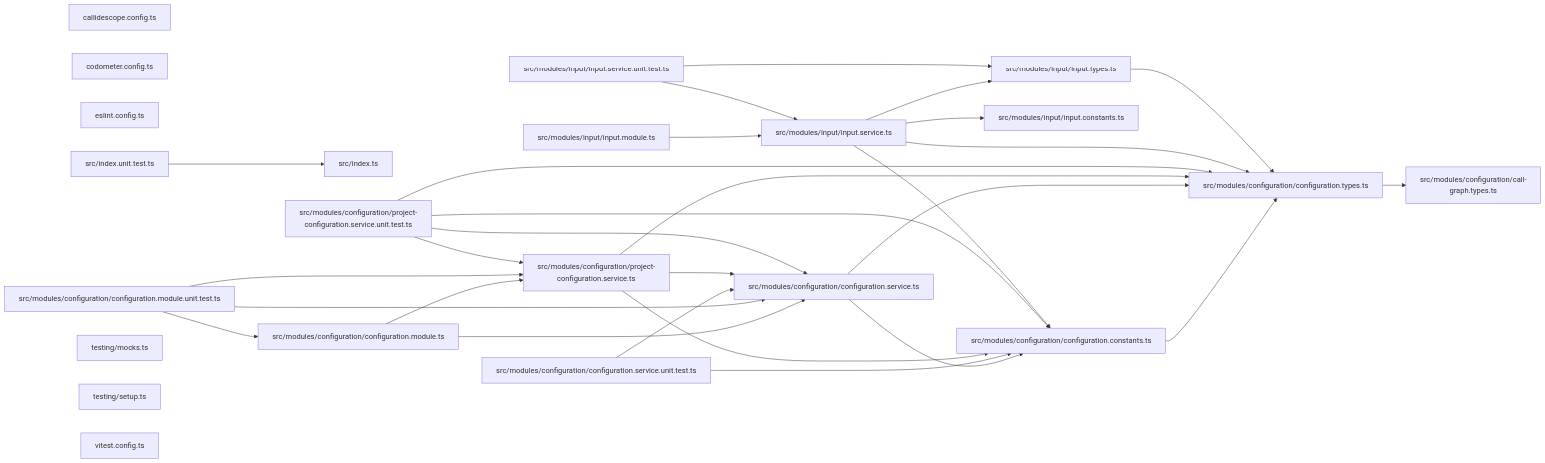
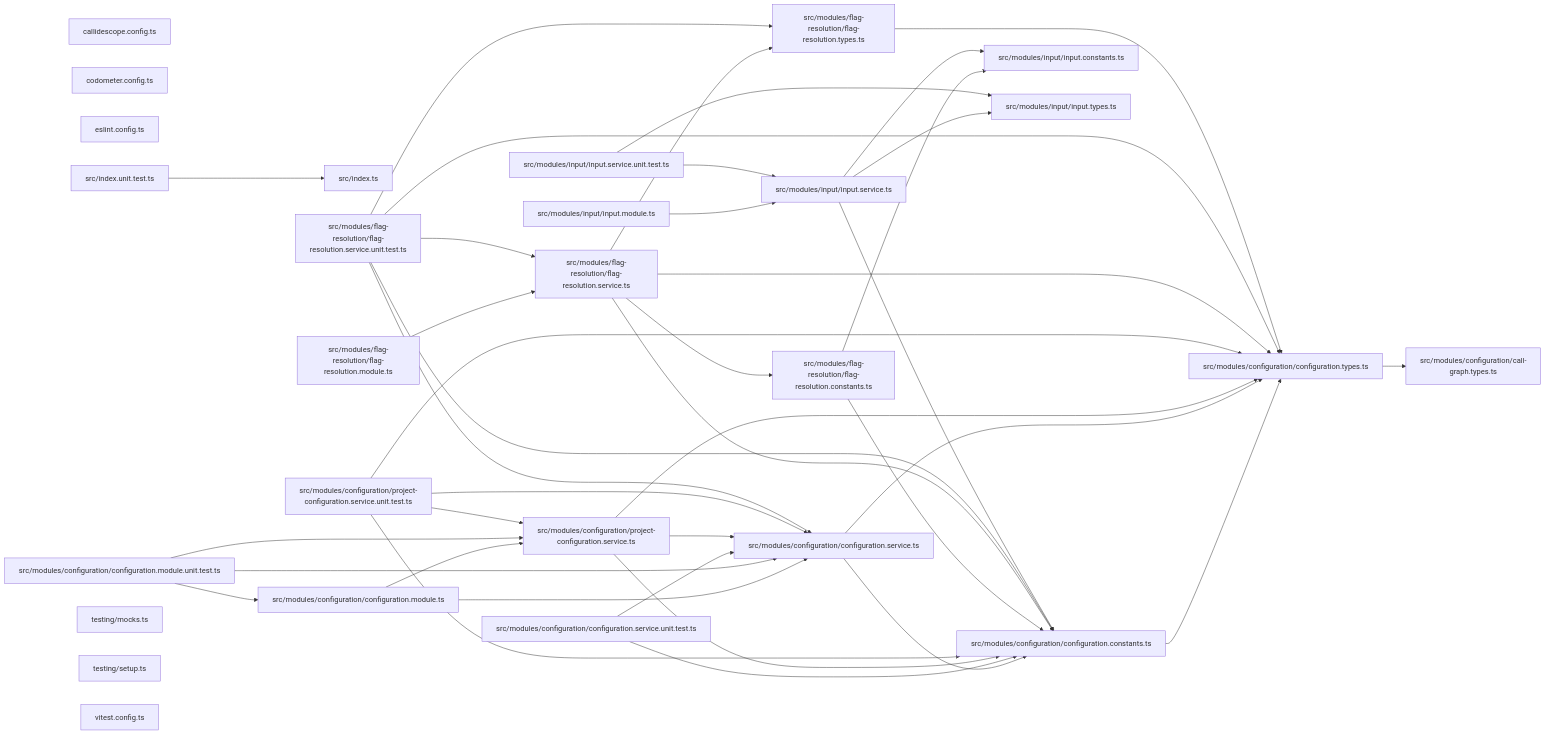
One commit to JimmyPaolini/codebase changed the third of 3 diagrams in packages/callidescope-configuration/README.md. Above: the diagram before and after it, drawn with Mermaid. The commit also changed other lines of this file and 12 other files, not shown here.

````diff
--- a/packages/callidescope-configuration/README.md
+++ b/packages/callidescope-configuration/README.md
@@ -706,52 +707,68 @@
 ```mermaid
 graph LR
   file_callidescope_config_ts["callidescope.config.ts"]
   file_codometer_config_ts["codometer.config.ts"]
   file_eslint_config_ts["eslint.config.ts"]
   file_src_index_ts["src/index.ts"]
   file_src_index_unit_test_ts["src/index.unit.test.ts"]
   file_src_modules_configuration_call_graph_types_ts["src/modules/configuration/call-graph.types.ts"]
   file_src_modules_configuration_configuration_constants_ts["src/modules/configuration/configuration.constants.ts"]
   file_src_modules_configuration_configuration_module_ts["src/modules/configuration/configuration.module.ts"]
   file_src_modules_configuration_configuration_module_unit_test_ts["src/modules/configuration/configuration.module.unit.test.ts"]
   file_src_modules_configuration_configuration_service_ts["src/modules/configuration/configuration.service.ts"]
   file_src_modules_configuration_configuration_service_unit_test_ts["src/modules/configuration/configuration.service.unit.test.ts"]
   file_src_modules_configuration_configuration_types_ts["src/modules/configuration/configuration.types.ts"]
   file_src_modules_configuration_project_configuration_service_ts["src/modules/configuration/project-configuration.service.ts"]
   file_src_modules_configuration_project_configuration_service_unit_test_ts["src/modules/configuration/project-configuration.service.unit.test.ts"]
+  file_src_modules_flag_resolution_flag_resolution_constants_ts["src/modules/flag-resolution/flag-resolution.constants.ts"]
+  file_src_modules_flag_resolution_flag_resolution_module_ts["src/modules/flag-resolution/flag-resolution.module.ts"]
+  file_src_modules_flag_resolution_flag_resolution_service_ts["src/modules/flag-resolution/flag-resolution.service.ts"]
+  file_src_modules_flag_resolution_flag_resolution_service_unit_test_ts["src/modules/flag-resolution/flag-resolution.service.unit.test.ts"]
+  file_src_modules_flag_resolution_flag_resolution_types_ts["src/modules/flag-resolution/flag-resolution.types.ts"]
   file_src_modules_input_input_constants_ts["src/modules/input/input.constants.ts"]
   file_src_modules_input_input_module_ts["src/modules/input/input.module.ts"]
   file_src_modules_input_input_service_ts["src/modules/input/input.service.ts"]
   file_src_modules_input_input_service_unit_test_ts["src/modules/input/input.service.unit.test.ts"]
   file_src_modules_input_input_types_ts["src/modules/input/input.types.ts"]
   file_testing_mocks_ts["testing/mocks.ts"]
   file_testing_setup_ts["testing/setup.ts"]
   file_vitest_config_ts["vitest.config.ts"]
   file_src_index_unit_test_ts --> file_src_index_ts
   file_src_modules_configuration_configuration_constants_ts --> file_src_modules_configuration_configuration_types_ts
   file_src_modules_configuration_configuration_module_ts --> file_src_modules_configuration_configuration_service_ts
   file_src_modules_configuration_configuration_module_ts --> file_src_modules_configuration_project_configuration_service_ts
   file_src_modules_configuration_configuration_module_unit_test_ts --> file_src_modules_configuration_configuration_module_ts
   file_src_modules_configuration_configuration_module_unit_test_ts --> file_src_modules_configuration_configuration_service_ts
   file_src_modules_configuration_configuration_module_unit_test_ts --> file_src_modules_configuration_project_configuration_service_ts
   file_src_modules_configuration_configuration_service_ts --> file_src_modules_configuration_configuration_constants_ts
   file_src_modules_configuration_configuration_service_ts --> file_src_modules_configuration_configuration_types_ts
   file_src_modules_configuration_configuration_service_unit_test_ts --> file_src_modules_configuration_configuration_constants_ts
   file_src_modules_configuration_configuration_service_unit_test_ts --> file_src_modules_configuration_configuration_service_ts
   file_src_modules_configuration_configuration_types_ts --> file_src_modules_configuration_call_graph_types_ts
   file_src_modules_configuration_project_configuration_service_ts --> file_src_modules_configuration_configuration_constants_ts
   file_src_modules_configuration_project_configuration_service_ts --> file_src_modules_configuration_configuration_service_ts
   file_src_modules_configuration_project_configuration_service_ts --> file_src_modules_configuration_configuration_types_ts
   file_src_modules_configuration_project_configuration_service_unit_test_ts --> file_src_modules_configuration_configuration_constants_ts
   file_src_modules_configuration_project_configuration_service_unit_test_ts --> file_src_modules_configuration_configuration_service_ts
   file_src_modules_configuration_project_configuration_service_unit_test_ts --> file_src_modules_configuration_configuration_types_ts
   file_src_modules_configuration_project_configuration_service_unit_test_ts --> file_src_modules_configuration_project_configuration_service_ts
+  file_src_modules_flag_resolution_flag_resolution_constants_ts --> file_src_modules_configuration_configuration_constants_ts
+  file_src_modules_flag_resolution_flag_resolution_constants_ts --> file_src_modules_input_input_constants_ts
+  file_src_modules_flag_resolution_flag_resolution_module_ts --> file_src_modules_flag_resolution_flag_resolution_service_ts
+  file_src_modules_flag_resolution_flag_resolution_service_ts --> file_src_modules_configuration_configuration_constants_ts
+  file_src_modules_flag_resolution_flag_resolution_service_ts --> file_src_modules_configuration_configuration_types_ts
+  file_src_modules_flag_resolution_flag_resolution_service_ts --> file_src_modules_flag_resolution_flag_resolution_constants_ts
+  file_src_modules_flag_resolution_flag_resolution_service_ts --> file_src_modules_flag_resolution_flag_resolution_types_ts
+  file_src_modules_flag_resolution_flag_resolution_service_unit_test_ts --> file_src_modules_configuration_configuration_constants_ts
+  file_src_modules_flag_resolution_flag_resolution_service_unit_test_ts --> file_src_modules_configuration_configuration_service_ts
+  file_src_modules_flag_resolution_flag_resolution_service_unit_test_ts --> file_src_modules_configuration_configuration_types_ts
+  file_src_modules_flag_resolution_flag_resolution_service_unit_test_ts --> file_src_modules_flag_resolution_flag_resolution_service_ts
+  file_src_modules_flag_resolution_flag_resolution_service_unit_test_ts --> file_src_modules_flag_resolution_flag_resolution_types_ts
+  file_src_modules_flag_resolution_flag_resolution_types_ts --> file_src_modules_configuration_configuration_types_ts
   file_src_modules_input_input_module_ts --> file_src_modules_input_input_service_ts
   file_src_modules_input_input_service_ts --> file_src_modules_configuration_configuration_constants_ts
-  file_src_modules_input_input_service_ts --> file_src_modules_configuration_configuration_types_ts
   file_src_modules_input_input_service_ts --> file_src_modules_input_input_constants_ts
   file_src_modules_input_input_service_ts --> file_src_modules_input_input_types_ts
   file_src_modules_input_input_service_unit_test_ts --> file_src_modules_input_input_service_ts
   file_src_modules_input_input_service_unit_test_ts --> file_src_modules_input_input_types_ts
-  file_src_modules_input_input_types_ts --> file_src_modules_configuration_configuration_types_ts
 ```
````
